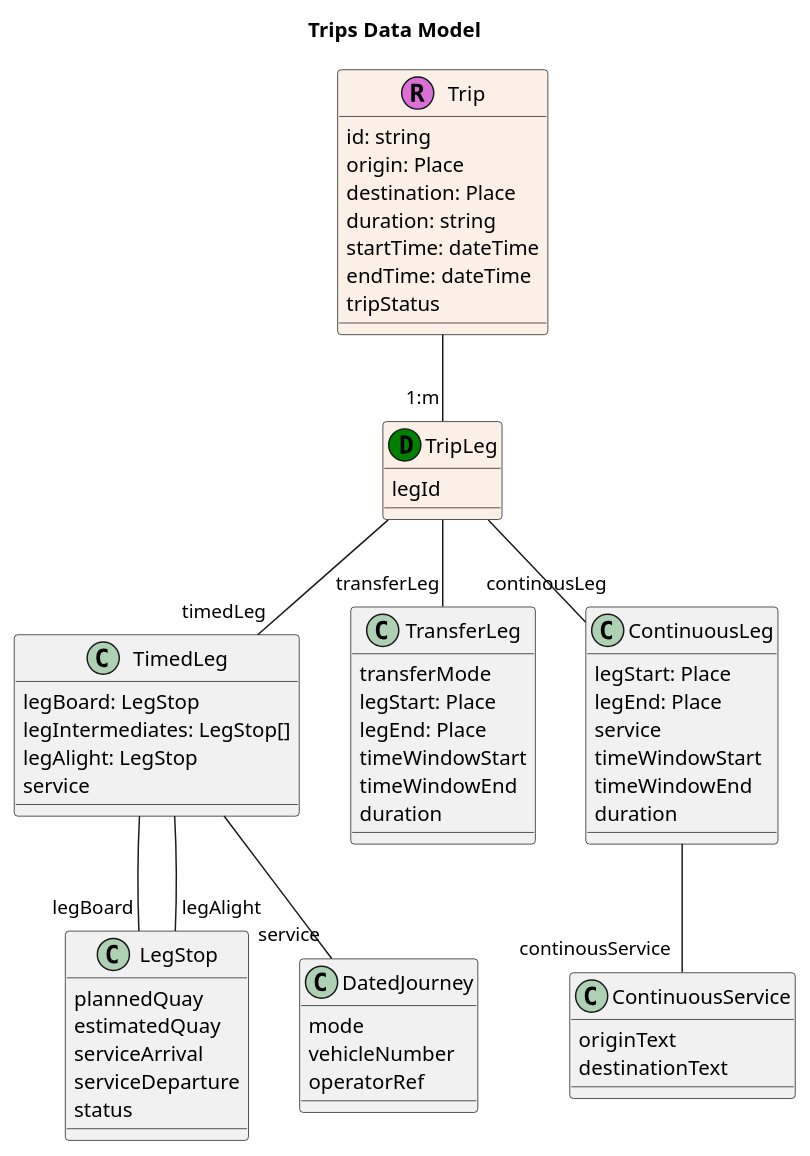
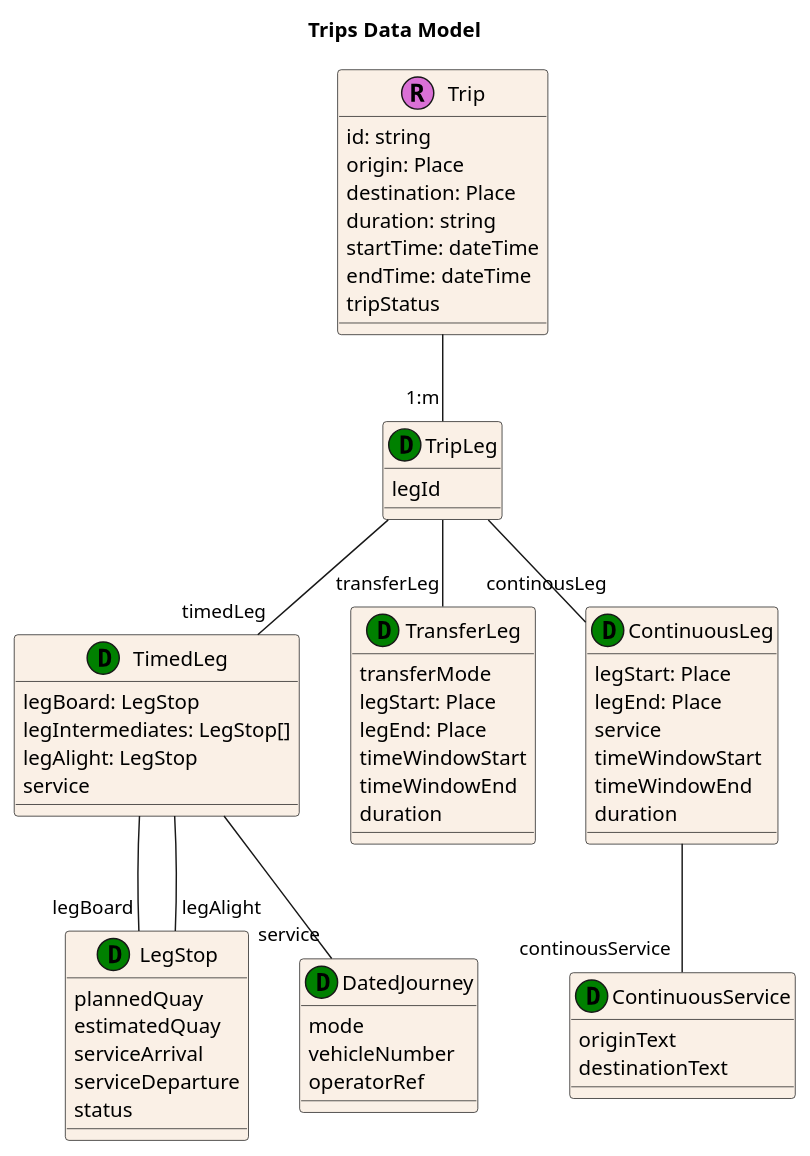
One commit to UnionInternationalCheminsdeFer/OSDM changed the diagram in images/models/trips.puml. Above: the diagram before and after it, drawn with PlantUML. The commit also changed 7 other files, not shown here.

```diff
--- a/images/models/trips.puml
+++ b/images/models/trips.puml
@@ -1,69 +1,69 @@
 title: Trips Data Model
 
 class Trip <<R,Orchid>> #linen {
   id: string
   origin: Place
   destination: Place
   duration: string
   startTime: dateTime
   endTime: dateTime
   tripStatus
 }
 
 class TripLeg <<D, Green>> #linen {
   legId
 }
 
-class TimedLeg {
+class TimedLeg <<D, Green>> #linen {
   legBoard: LegStop
   legIntermediates: LegStop[]
   legAlight: LegStop
   service
 }
 
-class LegStop {
+class LegStop <<D, Green>> #linen {
   plannedQuay
   estimatedQuay
   serviceArrival
   serviceDeparture
   status
 }
 
-class DatedJourney {
+class DatedJourney <<D, Green>> #linen {
   mode 
   vehicleNumber
   operatorRef
 }
 
-class TransferLeg {
+class TransferLeg <<D, Green>> #linen {
   transferMode
   legStart: Place
   legEnd: Place
   timeWindowStart
   timeWindowEnd
   duration
 }
 
-class ContinuousLeg {
+class ContinuousLeg <<D, Green>> #linen {
   legStart: Place
   legEnd: Place
   service
   timeWindowStart
   timeWindowEnd
   duration
 }
 
-class ContinuousService {
+class ContinuousService <<D, Green>> #linen {
   originText
   destinationText
 }
 
 Trip -- "1:m" TripLeg
 TripLeg -- "timedLeg" TimedLeg
 TripLeg -- "transferLeg" TransferLeg
 TripLeg -- "continousLeg" ContinuousLeg
 TimedLeg -- "service" DatedJourney
 TimedLeg -- "legBoard" LegStop
 TimedLeg -- "legAlight" LegStop
 
 ContinuousLeg -- "continousService" ContinuousService
```
